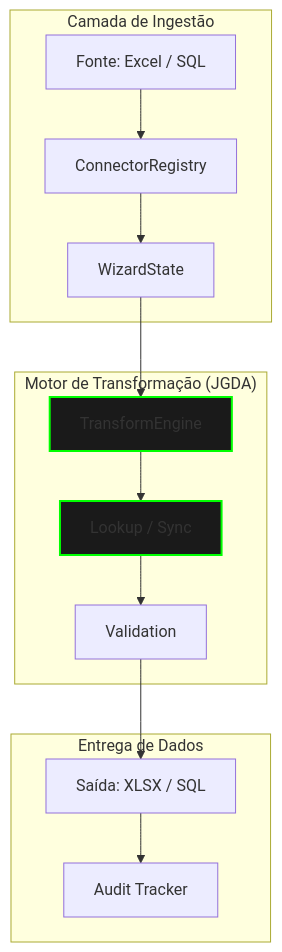
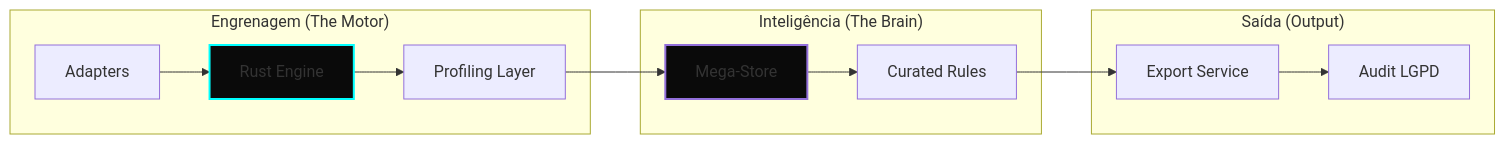
The second of 2 diagrams in JGDA/README.md (alldevitone-maker/Genaja), drawn with Mermaid before and after one commit. The commit also changed other lines of this file and 86 other files, not shown here.

````diff
--- a/JGDA/README.md
+++ b/JGDA/README.md
@@ -25,21 +38,20 @@
 ```mermaid
-graph TD
-    subgraph "Camada de Ingestão"
-        A[Fonte: Excel / SQL] --> B[ConnectorRegistry]
-        B --> C[WizardState]
+graph LR
+    subgraph "Engrenagem (The Motor)"
+        AD[Adapters] --> RD[Rust Engine]
+        RD --> PL[Profiling Layer]
     end
 
-    subgraph "Motor de Transformação (JGDA)"
-        C --> D[TransformEngine]
-        D --> E[Lookup / Sync]
-        E --> F[Validation]
+    subgraph "Inteligência (The Brain)"
+        PL --> MS[Mega-Store]
+        MS --> CS[Curated Rules]
     end
 
-    subgraph "Entrega de Dados"
-        F --> G[Saída: XLSX / SQL]
-        G --> H[Audit Tracker]
+    subgraph "Saída (Output)"
+        CS --> EX[Export Service]
+        EX --> AU[Audit LGPD]
     end
 
-    style D fill:#1a1a1a,stroke:#00ff00,stroke-width:2px
-    style E fill:#1a1a1a,stroke:#00ff00,stroke-width:2px
+    style RD fill:#0a0a0a,stroke:#00ffff,stroke-width:2px
+    style MS fill:#0a0a0a,stroke:#amber,stroke-width:2px
 ```
````
